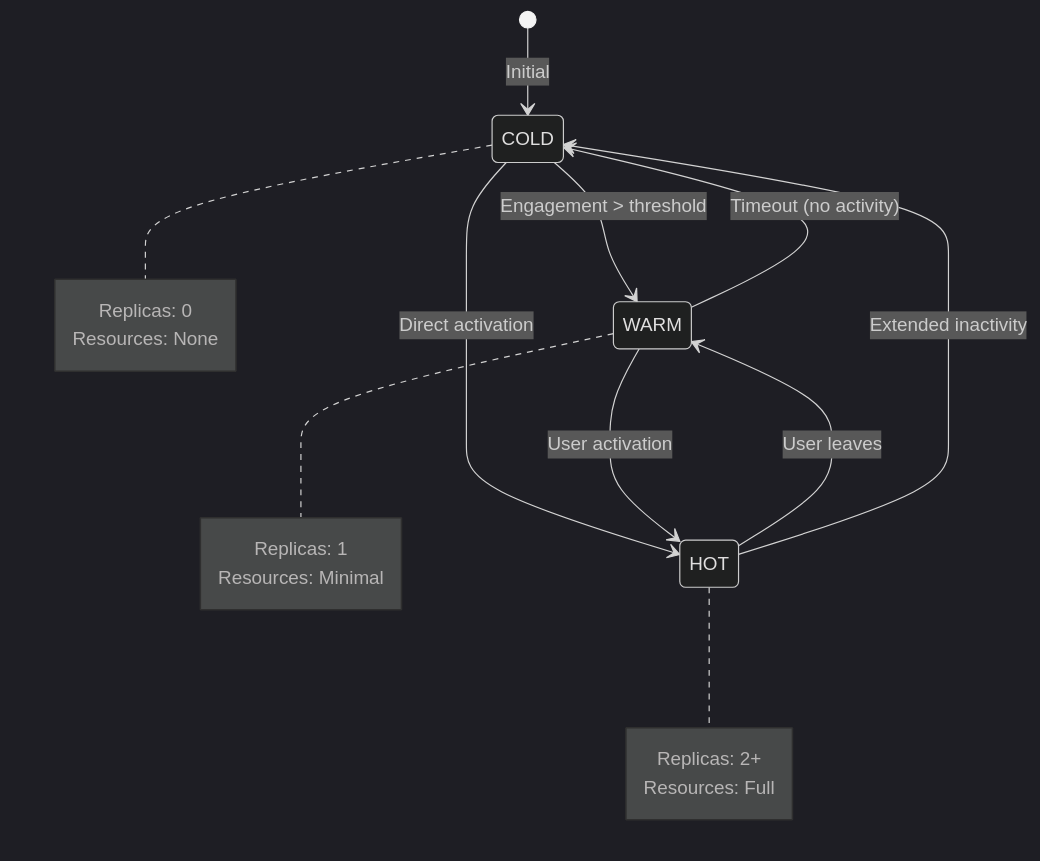
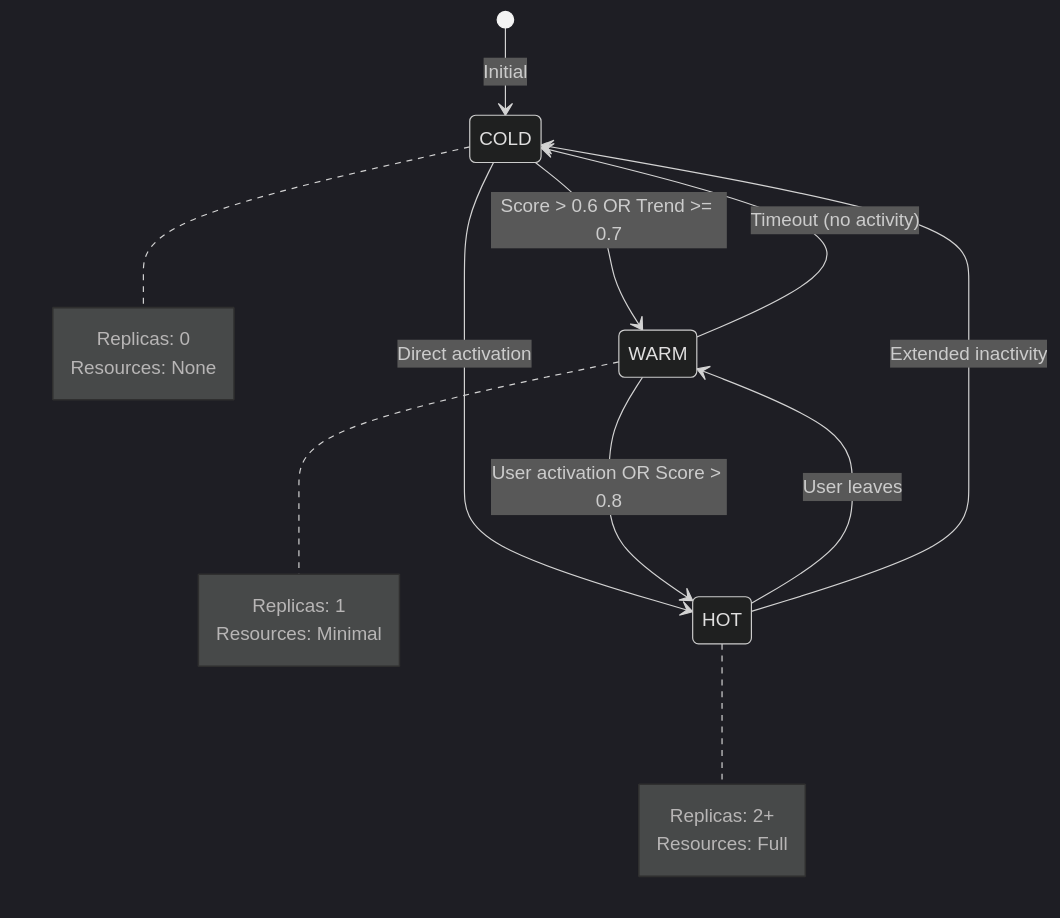
The fourth of 8 diagrams in README.md (ChanMeng666/gavigo), drawn with Mermaid (dark theme) before and after one commit. The commit also changed other lines of this file and 3 other files, not shown here.

````diff
--- a/README.md
+++ b/README.md
@@ -102,25 +195,25 @@
 ```mermaid
 stateDiagram-v2
     [*] --> COLD: Initial
-    COLD --> WARM: Engagement > threshold
+    COLD --> WARM: Score > 0.6 OR Trend >= 0.7
     COLD --> HOT: Direct activation
-    WARM --> HOT: User activation
+    WARM --> HOT: User activation OR Score > 0.8
     WARM --> COLD: Timeout (no activity)
     HOT --> WARM: User leaves
     HOT --> COLD: Extended inactivity
 
     note right of COLD
         Replicas: 0
         Resources: None
     end note
 
     note right of WARM
         Replicas: 1
         Resources: Minimal
     end note
 
     note right of HOT
         Replicas: 2+
         Resources: Full
     end note
 ```
````
